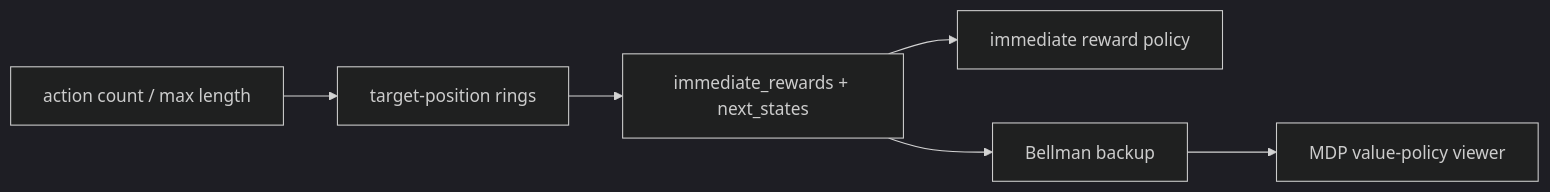
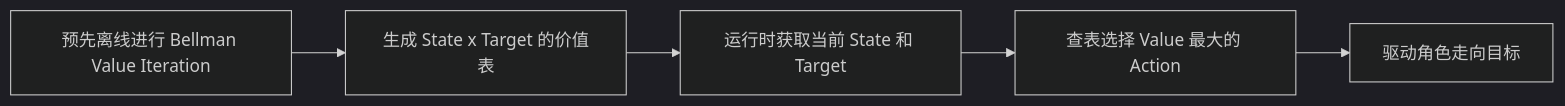
Before and after one commit to EvihGraphics/AnimationTech-HTC: the sixth of 6 diagrams in docs/blog/AnimationPapers/precomputing_avatar_behavior/README.md, drawn with Mermaid (dark theme). The commit also changed other lines of this file and 17 other files, not shown here.

Commit message:
docs(blog): standardize AnimationPapers and Theory with modular mermaid flows and media assets

````diff
--- a/docs/blog/AnimationPapers/precomputing_avatar_behavior/README.md
+++ b/docs/blog/AnimationPapers/precomputing_avatar_behavior/README.md
@@ -109,8 +141,7 @@
 ```mermaid
 flowchart LR
-    C18[action count / max length] --> C19[target-position rings]
-    C19 --> R[immediate_rewards + next_states]
-    R --> I[immediate reward policy]
-    R --> B[Bellman backup]
-    B --> V[MDP value-policy viewer]
+    A[预先离线进行 Bellman Value Iteration] --> B[生成 State x Target 的价值表]
+    B --> C[运行时获取当前 State 和 Target]
+    C --> D[查表选择 Value 最大的 Action]
+    D --> E[驱动角色走向目标]
 ```
````
